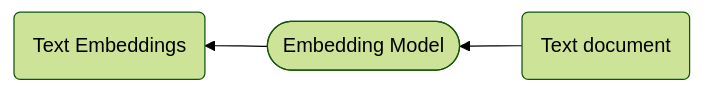
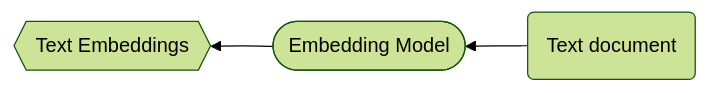
The diagram in README.md (sariaslaso/query-engine-RAG), drawn with Mermaid (forest theme) before and after one commit.

Commit message:
trying out mermaid

````diff
--- a/README.md
+++ b/README.md
@@ -5,5 +5,5 @@
 ```mermaid
 flowchart RL
 	id1(Text document) --> id2([Embedding Model]);
-	id2 --> id3(Text Embeddings);
+	id2 --> id3@{ shape: hex, label: "Text Embeddings"};
 ```
````
